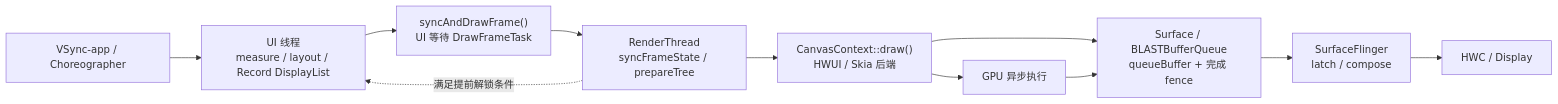
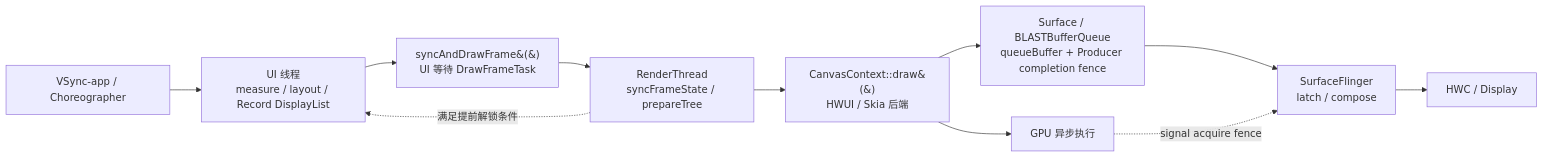
One commit to Gracker/android-internals-wiki changed the diagram in src/part1-fundamentals/ch02-rendering/05-main-render-thread.md. Above: the diagram before and after it, drawn with Mermaid. The commit also changed other lines of this file, not shown here.

````diff
--- a/src/part1-fundamentals/ch02-rendering/05-main-render-thread.md
+++ b/src/part1-fundamentals/ch02-rendering/05-main-render-thread.md
@@ -131,13 +137,13 @@
 ```mermaid
 flowchart LR
     V["VSync-app / Choreographer"] --> U["UI 线程<br/>measure / layout / Record DisplayList"]
-    U --> S["syncAndDrawFrame()<br/>UI 等待 DrawFrameTask"]
+    U --> S["syncAndDrawFrame&#40;&#41;<br/>UI 等待 DrawFrameTask"]
     S --> P["RenderThread<br/>syncFrameState / prepareTree"]
-    P --> D["CanvasContext::draw()<br/>HWUI / Skia 后端"]
-    D --> B["Surface / BLASTBufferQueue<br/>queueBuffer + 完成 fence"]
+    P --> D["CanvasContext::draw&#40;&#41;<br/>HWUI / Skia 后端"]
+    D --> B["Surface / BLASTBufferQueue<br/>queueBuffer + Producer completion fence"]
+    D --> G["GPU 异步执行"]
     B --> F["SurfaceFlinger<br/>latch / compose"]
+    G -. "signal acquire fence" .-> F
     F --> H["HWC / Display"]
-    G["GPU 异步执行"] --> B
-    D --> G
     P -. "满足提前解锁条件" .-> U
 ```
````
